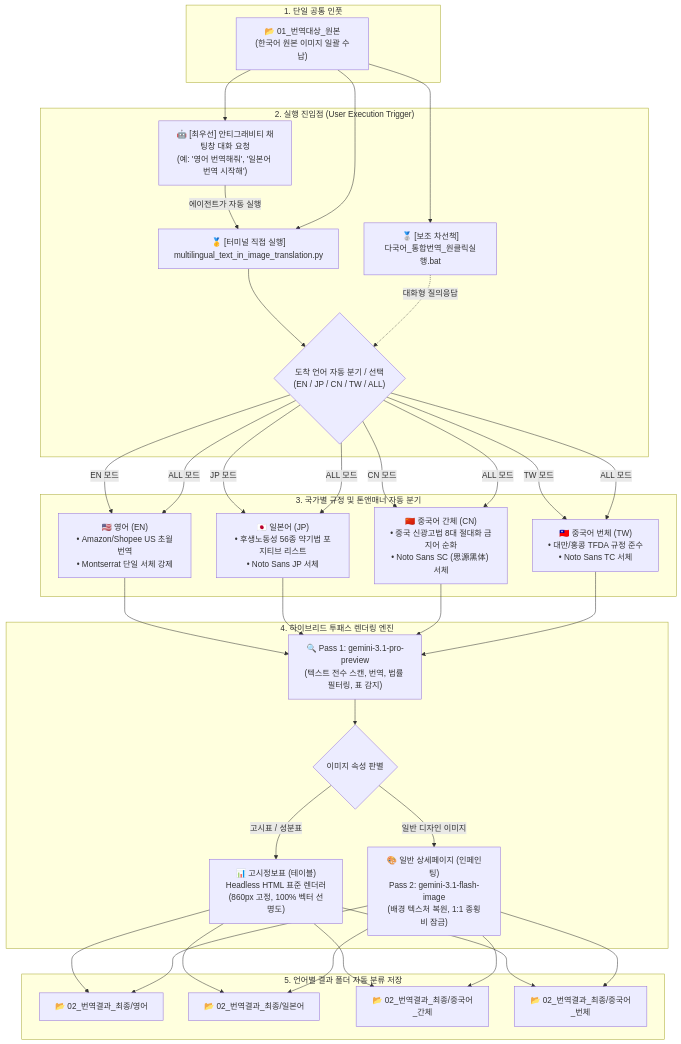
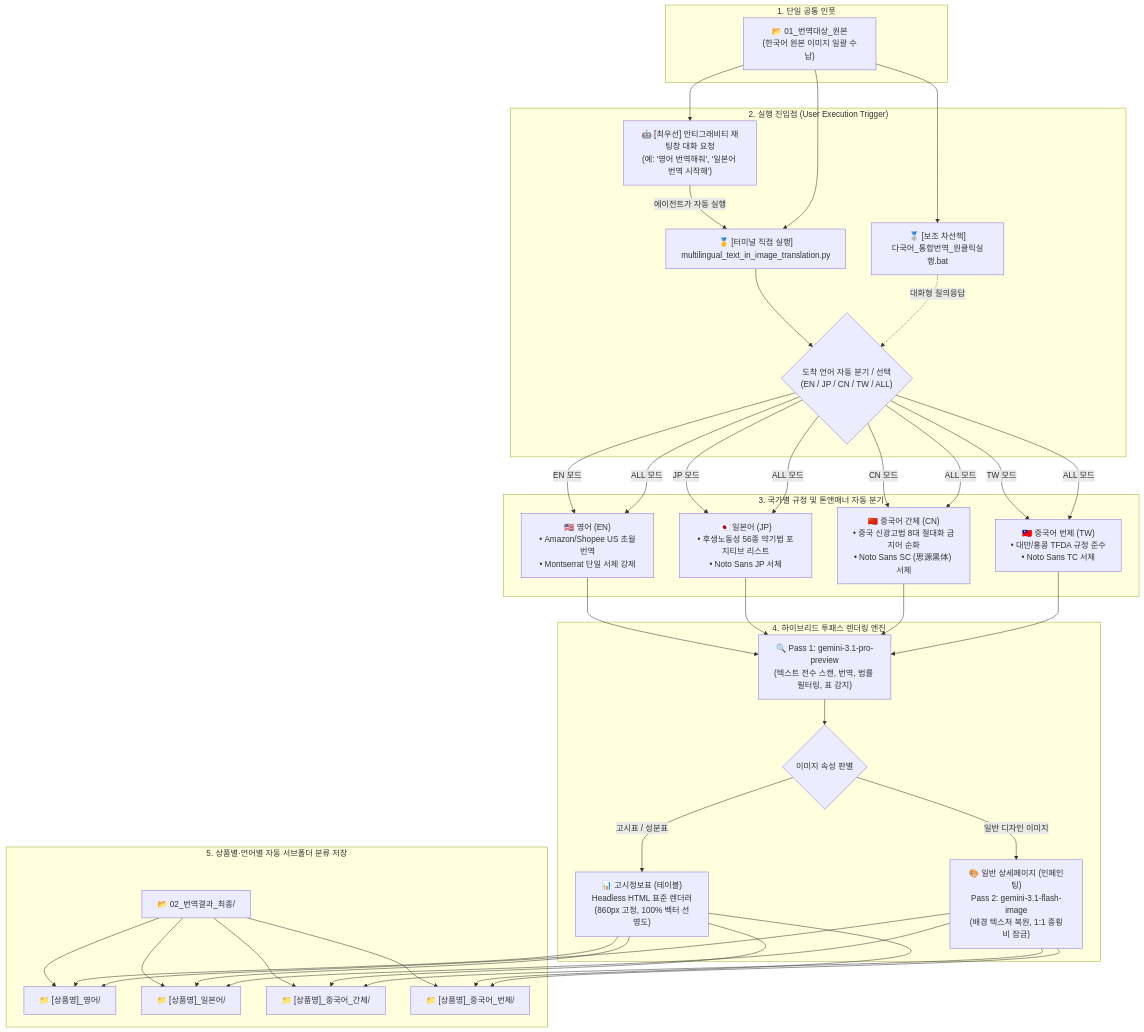
One commit to euntaewoo/PANDORA changed the diagram in multilingual_text_in_image_translation/README.md. Above: the diagram before and after it, drawn with Mermaid. The commit also changed other lines of this file and 1 other file, not shown here.

Commit message:
docs: Add technical heritage and inheritance reference guide

````diff
--- a/multilingual_text_in_image_translation/README.md
+++ b/multilingual_text_in_image_translation/README.md
@@ -15,52 +16,55 @@
 ```mermaid
 flowchart TD
     subgraph S1["1. 단일 공통 인풋"]
         IN["📂 01_번역대상_원본<br/>(한국어 원본 이미지 일괄 수납)"]
     end
 
     subgraph S2["2. 실행 진입점 (User Execution Trigger)"]
         AGENT["🤖 [최우선] 안티그래비티 채팅창 대화 요청<br/>(예: '영어 번역해줘', '일본어 번역 시작해')"]
         P_MAIN["🥇 [터미널 직접 실행]<br/>multilingual_text_in_image_translation.py"]
         BAT_SUB["🥈 [보조 차선책]<br/>다국어_통합번역_원클릭실행.bat"]
         
         AGENT -->|에이전트가 자동 실행| P_MAIN
         P_MAIN --> PROMPT{"도착 언어 자동 분기 / 선택<br/>(EN / JP / CN / TW / ALL)"}
         BAT_SUB -.->|대화형 질의응답| PROMPT
     end
 
     subgraph S3["3. 국가별 규정 및 톤앤매너 자동 분기"]
         EN["🇺🇸 영어 (EN)<br/>• Amazon/Shopee US 초월번역<br/>• Montserrat 단일 서체 강제"]
         JP["🇯🇵 일본어 (JP)<br/>• 후생노동성 56종 약기법 포지티브 리스트<br/>• Noto Sans JP 서체"]
         CN["🇨🇳 중국어 간체 (CN)<br/>• 중국 신광고법 8대 절대화 금지어 순화<br/>• Noto Sans SC (思源黑体) 서체"]
         TW["🇹🇼 중국어 번체 (TW)<br/>• 대만/홍콩 TFDA 규정 준수<br/>• Noto Sans TC 서체"]
     end
 
     subgraph S4["4. 하이브리드 투패스 렌더링 엔진"]
         P1["🔍 Pass 1: gemini-3.1-pro-preview<br/>(텍스트 전수 스캔, 번역, 법률 필터링, 표 감지)"]
         DECIDE{"이미지 속성 판별"}
         
         HTML["📊 고시정보표 (테이블)<br/>Headless HTML 표준 렌더러<br/>(860px 고정, 100% 벡터 선명도)"]
         P2["🎨 일반 상세페이지 (인페인팅)<br/>Pass 2: gemini-3.1-flash-image<br/>(배경 텍스처 복원, 1:1 종횡비 잠금)"]
         
         P1 --> DECIDE
         DECIDE -->|고시표 / 성분표| HTML
         DECIDE -->|일반 디자인 이미지| P2
     end
 
-    subgraph S5["5. 언어별 결과 폴더 자동 분류 저장"]
-        OUT_EN["📂 02_번역결과_최종/영어"]
-        OUT_JP["📂 02_번역결과_최종/일본어"]
-        OUT_CN["📂 02_번역결과_최종/중국어_간체"]
-        OUT_TW["📂 02_번역결과_최종/중국어_번체"]
+    subgraph S5["5. 상품별·언어별 자동 서브폴더 분류 저장"]
+        OUT["📂 02_번역결과_최종/"]
+        OUT1["📁 [상품명]_영어/"]
+        OUT2["📁 [상품명]_일본어/"]
+        OUT3["📁 [상품명]_중국어_간체/"]
+        OUT4["📁 [상품명]_중국어_번체/"]
+        
+        OUT --> OUT1 & OUT2 & OUT3 & OUT4
     end
 
     IN --> AGENT & P_MAIN & BAT_SUB
     PROMPT -->|EN 모드| EN
     PROMPT -->|JP 모드| JP
     PROMPT -->|CN 모드| CN
     PROMPT -->|TW 모드| TW
     PROMPT -->|ALL 모드| EN & JP & CN & TW
 
     EN & JP & CN & TW --> P1
-    HTML & P2 --> OUT_EN & OUT_JP & OUT_CN & OUT_TW
+    HTML & P2 --> OUT1 & OUT2 & OUT3 & OUT4
 ```
````
